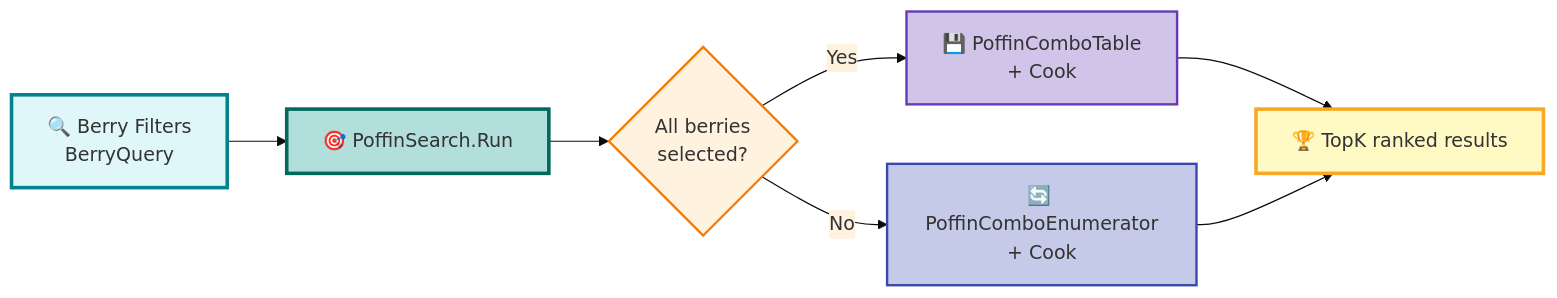
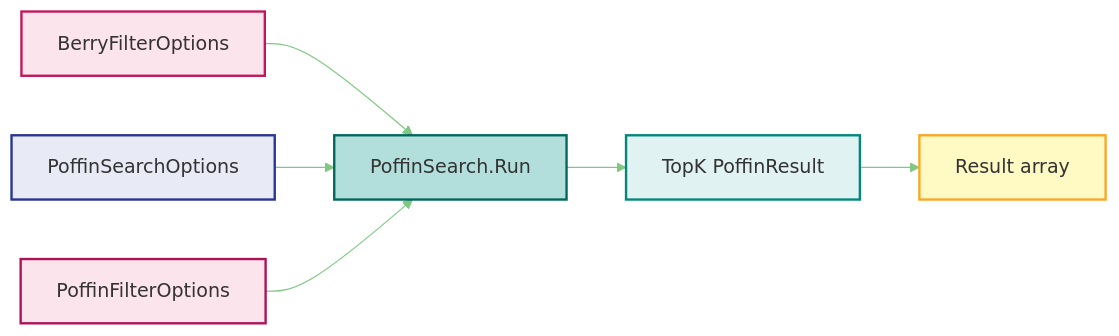
The fifth of 5 diagrams in docs/Berries.Diagrams.md (GlassToeStudio/BDSP), drawn with Mermaid before and after one commit. The commit also changed other lines of this file, not shown here.

Commit message:
update diagrams

````diff
--- a/docs/Berries.Diagrams.md
+++ b/docs/Berries.Diagrams.md
@@ -319,21 +363,17 @@
 ```mermaid
-%%{init: {'theme':'base', 'themeVariables': { 'primaryColor':'#e8f5e9','secondaryColor':'#fff3e0','tertiaryColor':'#e1f5fe'}}}%%
+%%{init: {'theme':'base', 'themeVariables': { 'primaryColor':'#e8f5e9','secondaryColor':'#fff3e0','tertiaryColor':'#e1f5fe', 'lineColor':'#81c784'}}}%%
 
 flowchart LR
-    A[🔍 Berry Filters<br/>BerryQuery] --> B[🎯 PoffinSearch.Run]
+    A[BerryFilterOptions] --> B[PoffinSearch.Run]
+    C[PoffinSearchOptions] --> B
+    D[PoffinFilterOptions] --> B
+    B --> E[TopK PoffinResult]
+    E --> F[Result array]
     
-    B --> C{All berries<br/>selected?}
-    
-    C -->|Yes| D[💾 PoffinComboTable<br/>+ Cook]
-    C -->|No| E[🔄 PoffinComboEnumerator<br/>+ Cook]
-    
-    D --> F[🏆 TopK ranked results]
-    E --> F
-    
-    style A fill:#e0f7fa,stroke:#00838f,stroke-width:3px
-    style B fill:#b2dfdb,stroke:#00695c,stroke-width:3px
-    style C fill:#fff3e0,stroke:#f57c00,stroke-width:2px
-    style D fill:#d1c4e9,stroke:#673ab7,stroke-width:2px
-    style E fill:#c5cae9,stroke:#3949ab,stroke-width:2px
-    style F fill:#fff9c4,stroke:#f9a825,stroke-width:3px
+    style A fill:#fce4ec,stroke:#c2185b,stroke-width:2px
+    style B fill:#b2dfdb,stroke:#00695c,stroke-width:2px
+    style C fill:#e8eaf6,stroke:#283593,stroke-width:2px
+    style D fill:#fce4ec,stroke:#ad1457,stroke-width:2px
+    style E fill:#e0f2f1,stroke:#00897b,stroke-width:2px
+    style F fill:#fff9c4,stroke:#f9a825,stroke-width:2px
 ```
````
